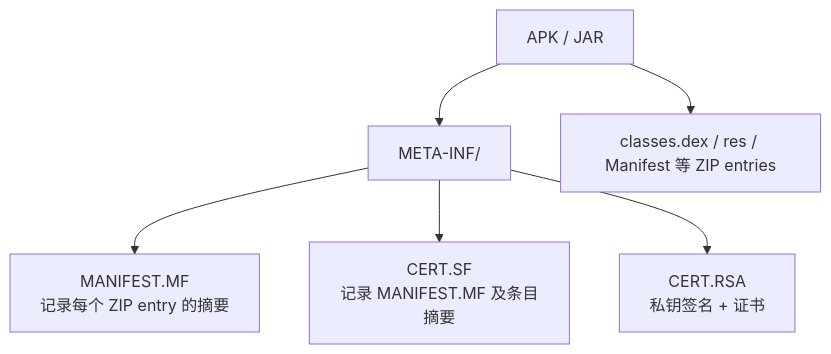
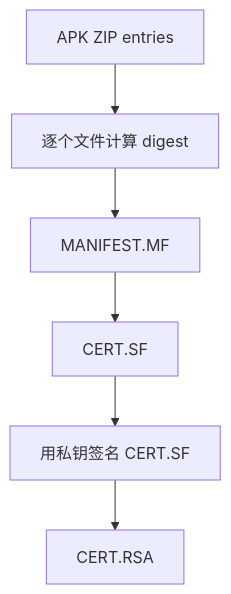
One commit to junyingzhao001/StudyNotes changed the third of 11 diagrams in android插件相关/签名详解.md. Above: the diagram before and after it, drawn with Mermaid. The commit also changed other lines of this file and 3 other files, not shown here.

````diff
--- a/android插件相关/签名详解.md
+++ b/android插件相关/签名详解.md
@@ -235,11 +230,8 @@
 ```mermaid
-flowchart TB
-  APK["APK / JAR"] --> Meta["META-INF/"]
-  Meta --> MF["MANIFEST.MF
-记录每个 ZIP entry 的摘要"]
-  Meta --> SF["CERT.SF
-记录 MANIFEST.MF 及条目摘要"]
-  Meta --> RSA["CERT.RSA
-私钥签名 + 证书"]
-  APK --> Entries["classes.dex / res / Manifest 等 ZIP entries"]
+flowchart TD
+    A["APK ZIP entries"] --> B["逐个文件计算 digest"]
+    B --> C["MANIFEST.MF"]
+    C --> D["CERT.SF"]
+    D --> E["用私钥签名 CERT.SF"]
+    E --> F["CERT.RSA"]
 ```
````
